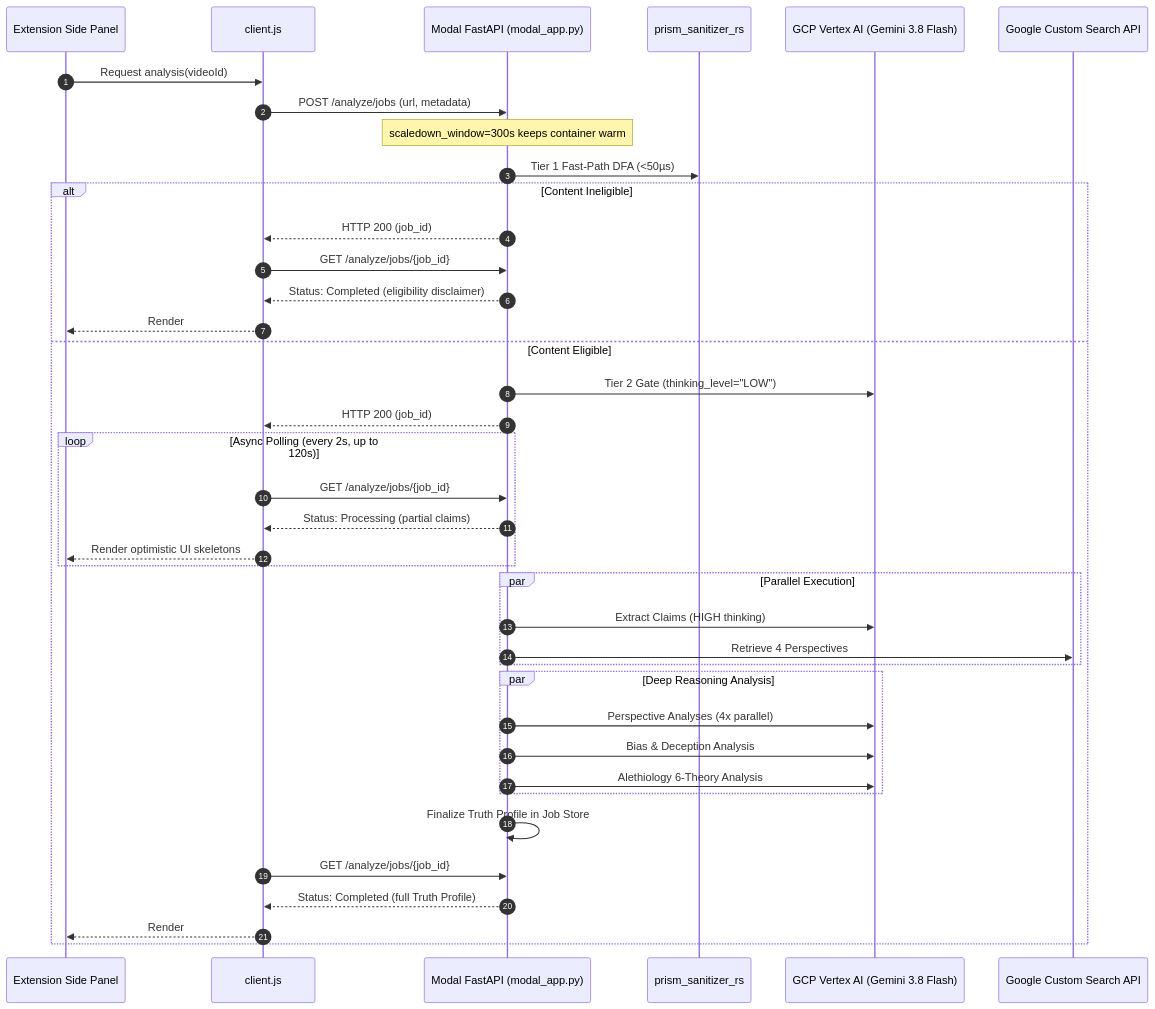
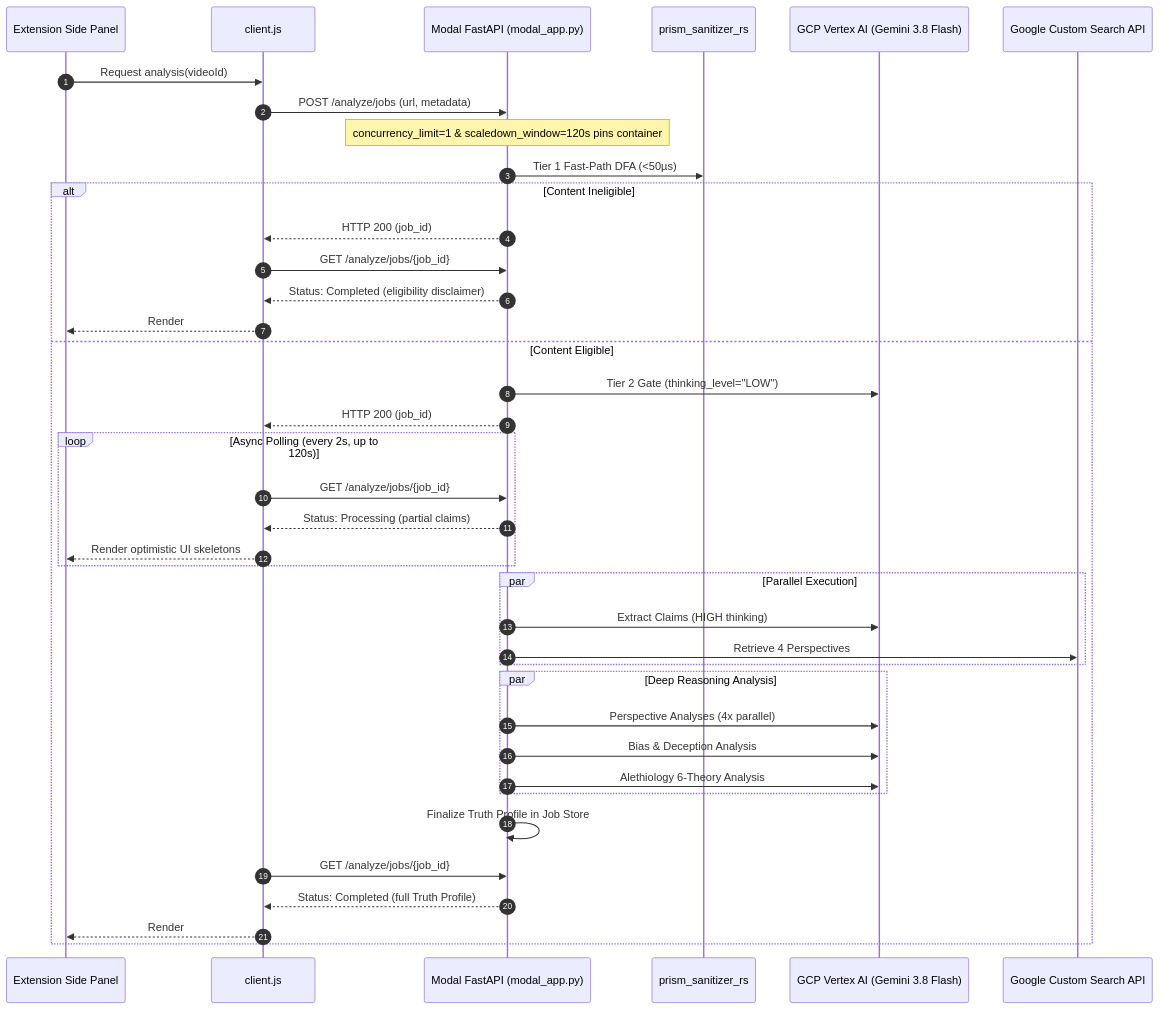
The diagram in docs/modal-deployment-spec/design.md (JAaron93/PerspectivePrism), drawn with Mermaid before and after one commit. The commit also changed other lines of this file and 2 other files, not shown here.

````diff
--- a/docs/modal-deployment-spec/design.md
+++ b/docs/modal-deployment-spec/design.md
@@ -16,42 +16,42 @@
 ```mermaid
 sequenceDiagram
     autonumber
     participant SP as Extension Side Panel
     participant Client as client.js
     participant Modal as Modal FastAPI (modal_app.py)
     participant Rust as prism_sanitizer_rs
     participant Vertex as GCP Vertex AI (Gemini 3.8 Flash)
     participant Search as Google Custom Search API
 
     SP->>Client: Request analysis(videoId)
     Client->>Modal: POST /analyze/jobs (url, metadata)
-    Note over Modal: scaledown_window=300s keeps container warm
+    Note over Modal: concurrency_limit=1 & scaledown_window=120s pins container
     Modal->>Rust: Tier 1 Fast-Path DFA (<50µs)
     alt Content Ineligible
         Modal-->>Client: HTTP 200 (job_id)
         Client->>Modal: GET /analyze/jobs/{job_id}
         Modal-->>Client: Status: Completed (eligibility disclaimer)
         Client-->>SP: Render #state-ineligible
     else Content Eligible
         Modal->>Vertex: Tier 2 Gate (thinking_level="LOW")
         Modal-->>Client: HTTP 200 (job_id)
         loop Async Polling (every 2s, up to 120s)
             Client->>Modal: GET /analyze/jobs/{job_id}
             Modal-->>Client: Status: Processing (partial claims)
             Client-->>SP: Render optimistic UI skeletons
         end
         par Parallel Execution
             Modal->>Vertex: Extract Claims (HIGH thinking)
             Modal->>Search: Retrieve 4 Perspectives
         end
         par Deep Reasoning Analysis
             Modal->>Vertex: Perspective Analyses (4x parallel)
             Modal->>Vertex: Bias & Deception Analysis
             Modal->>Vertex: Alethiology 6-Theory Analysis
         end
         Modal->>Modal: Finalize Truth Profile in Job Store
         Client->>Modal: GET /analyze/jobs/{job_id}
         Modal-->>Client: Status: Completed (full Truth Profile)
         Client-->>SP: Render #state-results
     end
 ```
````
